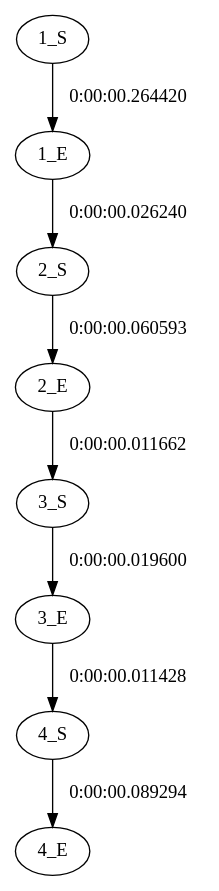
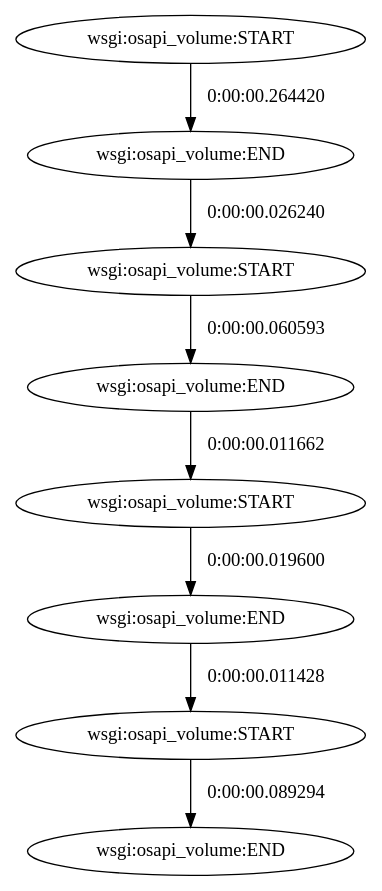
One commit to lkatalin/Categorization changed the diagram in samples/0ecb71d7-0105-4423-8459-2a0eb641a4b6.dot. Above: the diagram before and after it, drawn with Graphviz.

Commit message:
update in sample

```diff
--- a/samples/0ecb71d7-0105-4423-8459-2a0eb641a4b6.dot
+++ b/samples/0ecb71d7-0105-4423-8459-2a0eb641a4b6.dot
@@ -1,18 +1,18 @@
  # 1 R: 483 usecs 
 Digraph {
-	ae10fbb8536eb4c1fa2938d04d4e466aa [label="1_S"]
-	ae10fbb8536eb4c1fa2938d04d4e466aa_E [label="1_E"]
-	a9889cc223cb54c0192f749a0151b5d57 [label="2_S"]
-	a9889cc223cb54c0192f749a0151b5d57_E [label="2_E"]
-	ad09455c56efc4225b311fd9d6225e355 [label="3_S"]
-	ad09455c56efc4225b311fd9d6225e355_E [label="3_E"]
-	ad8eaf330c3f148a1859ec2ac637be38b [label="4_S"]
-	ad8eaf330c3f148a1859ec2ac637be38b_E [label="4_E"]
+	ae10fbb8536eb4c1fa2938d04d4e466aa [label="wsgi:osapi_volume:START"]
+	ae10fbb8536eb4c1fa2938d04d4e466aa_E [label="wsgi:osapi_volume:END"]
+	a9889cc223cb54c0192f749a0151b5d57 [label="wsgi:osapi_volume:START"]
+	a9889cc223cb54c0192f749a0151b5d57_E [label="wsgi:osapi_volume:END"]
+	ad09455c56efc4225b311fd9d6225e355 [label="wsgi:osapi_volume:START"]
+	ad09455c56efc4225b311fd9d6225e355_E [label="wsgi:osapi_volume:END"]
+	ad8eaf330c3f148a1859ec2ac637be38b [label="wsgi:osapi_volume:START"]
+	ad8eaf330c3f148a1859ec2ac637be38b_E [label="wsgi:osapi_volume:END"]
 	ae10fbb8536eb4c1fa2938d04d4e466aa -> ae10fbb8536eb4c1fa2938d04d4e466aa_E [label="0:00:00.264420"]
 	ae10fbb8536eb4c1fa2938d04d4e466aa_E -> a9889cc223cb54c0192f749a0151b5d57 [label="0:00:00.026240"]
 	a9889cc223cb54c0192f749a0151b5d57 -> a9889cc223cb54c0192f749a0151b5d57_E [label="0:00:00.060593"]
 	a9889cc223cb54c0192f749a0151b5d57_E -> ad09455c56efc4225b311fd9d6225e355 [label="0:00:00.011662"]
 	ad09455c56efc4225b311fd9d6225e355 -> ad09455c56efc4225b311fd9d6225e355_E [label="0:00:00.019600"]
 	ad09455c56efc4225b311fd9d6225e355_E -> ad8eaf330c3f148a1859ec2ac637be38b [label="0:00:00.011428"]
 	ad8eaf330c3f148a1859ec2ac637be38b -> ad8eaf330c3f148a1859ec2ac637be38b_E [label="0:00:00.089294"]
 }
```
